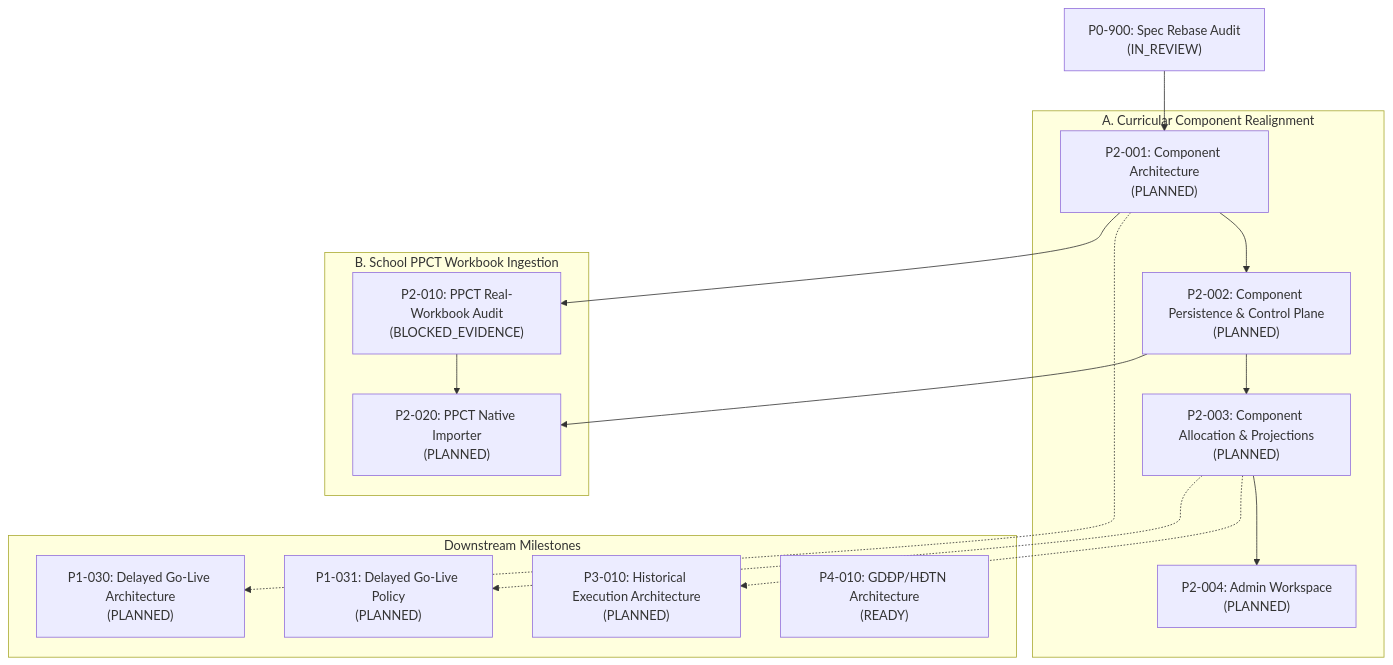
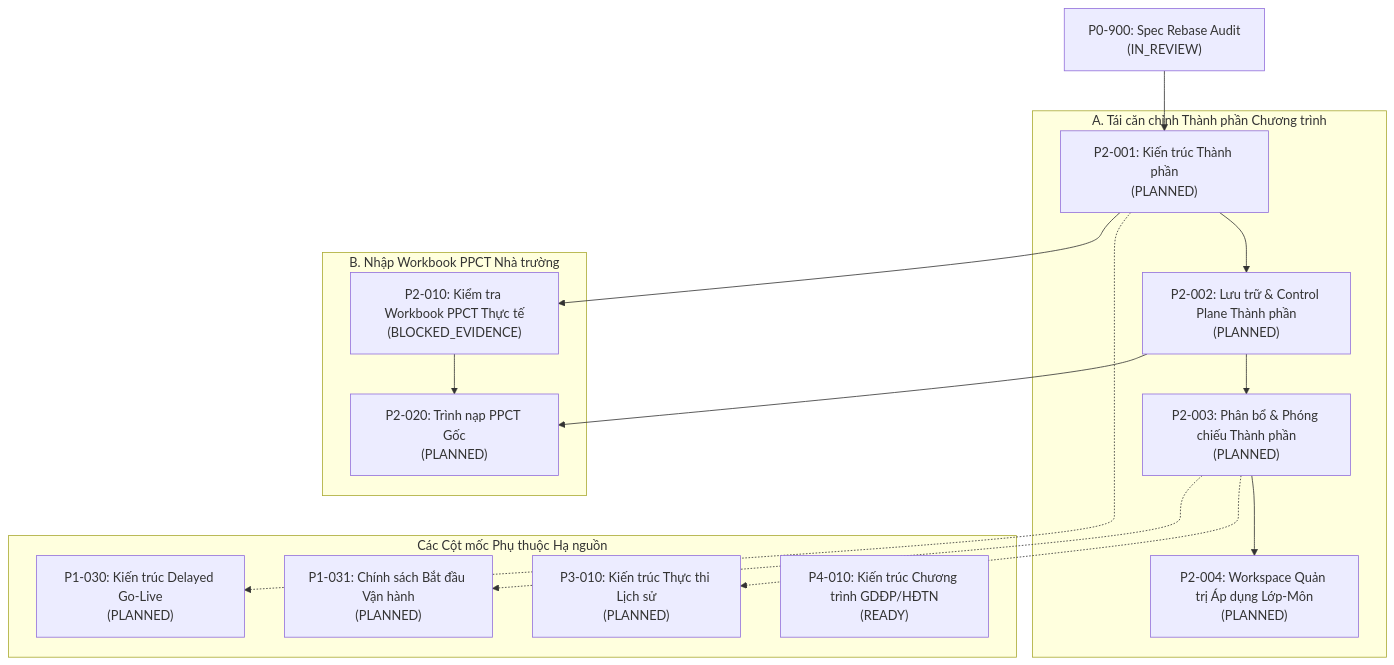
The diagram in docs/requirements/P0-900-PPCT-CURRICULAR-COMPONENT-REBASE-AUDIT.md (hvtnguyenson-code/baogiang-damsan), drawn with Mermaid before and after one commit. The commit also changed other lines of this file and 6 other files, not shown here.

````diff
--- a/docs/requirements/P0-900-PPCT-CURRICULAR-COMPONENT-REBASE-AUDIT.md
+++ b/docs/requirements/P0-900-PPCT-CURRICULAR-COMPONENT-REBASE-AUDIT.md
@@ -233,36 +246,36 @@
 ```mermaid
 flowchart TD
   P0_900["P0-900: Spec Rebase Audit\n(IN_REVIEW)"]
   
-  subgraph Curricular_Component_Realignment ["A. Curricular Component Realignment"]
-    P2_001["P2-001: Component Architecture\n(PLANNED)"]
-    P2_002["P2-002: Component Persistence & Control Plane\n(PLANNED)"]
-    P2_003["P2-003: Component Allocation & Projections\n(PLANNED)"]
-    P2_004["P2-004: Admin Workspace\n(PLANNED)"]
+  subgraph Curricular_Component_Realignment ["A. Tái căn chỉnh Thành phần Chương trình"]
+    P2_001["P2-001: Kiến trúc Thành phần\n(PLANNED)"]
+    P2_002["P2-002: Lưu trữ & Control Plane Thành phần\n(PLANNED)"]
+    P2_003["P2-003: Phân bổ & Phóng chiếu Thành phần\n(PLANNED)"]
+    P2_004["P2-004: Workspace Quản trị Áp dụng Lớp-Môn\n(PLANNED)"]
   end
   
-  subgraph School_Workbook_Ingestion ["B. School PPCT Workbook Ingestion"]
-    P2_010["P2-010: PPCT Real-Workbook Audit\n(BLOCKED_EVIDENCE)"]
-    P2_020["P2-020: PPCT Native Importer\n(PLANNED)"]
+  subgraph School_Workbook_Ingestion ["B. Nhập Workbook PPCT Nhà trường"]
+    P2_010["P2-010: Kiểm tra Workbook PPCT Thực tế\n(BLOCKED_EVIDENCE)"]
+    P2_020["P2-020: Trình nạp PPCT Gốc\n(PLANNED)"]
   end
 
-  subgraph Downstream_Dependencies ["Downstream Milestones"]
-    P1_030["P1-030: Delayed Go-Live Architecture\n(PLANNED)"]
-    P1_031["P1-031: Delayed Go-Live Policy\n(PLANNED)"]
-    P3_010["P3-010: Historical Execution Architecture\n(PLANNED)"]
-    P4_010["P4-010: GDĐP/HĐTN Architecture\n(READY)"]
+  subgraph Downstream_Dependencies ["Các Cột mốc Phụ thuộc Hạ nguồn"]
+    P1_030["P1-030: Kiến trúc Delayed Go-Live\n(PLANNED)"]
+    P1_031["P1-031: Chính sách Bắt đầu Vận hành\n(PLANNED)"]
+    P3_010["P3-010: Kiến trúc Thực thi Lịch sử\n(PLANNED)"]
+    P4_010["P4-010: Kiến trúc Chương trình GDĐP/HĐTN\n(READY)"]
   end
 
   P0_900 --> P2_001
   P2_001 --> P2_002
   P2_002 --> P2_003
   P2_003 --> P2_004
 
   P2_001 --> P2_010
   P2_002 --> P2_020
   P2_010 --> P2_020
 
   P2_001 -.-> P1_030
   P2_003 -.-> P1_031
   P2_003 -.-> P3_010
 ```
````
